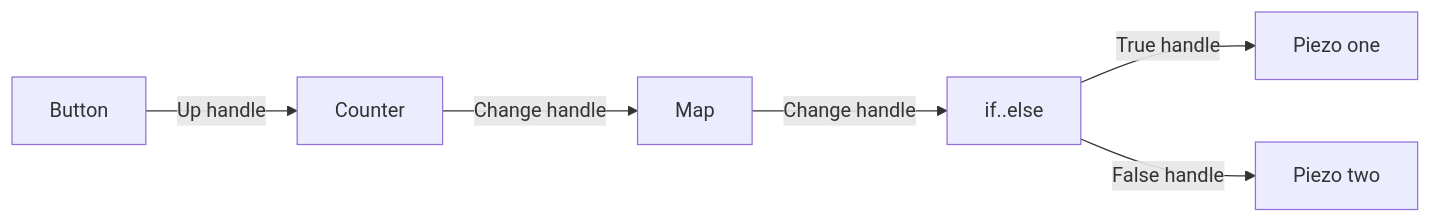
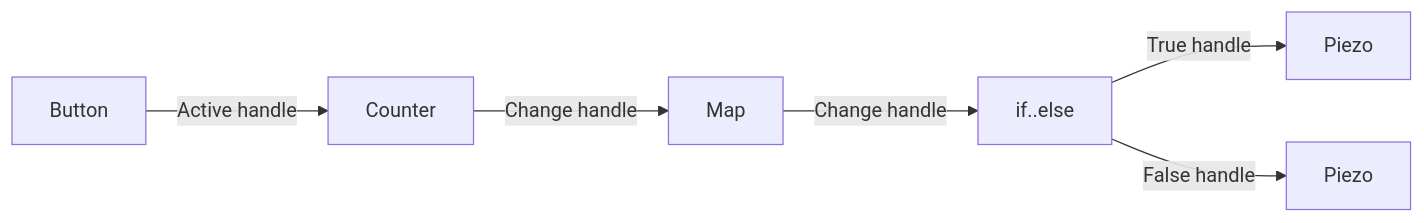
The second of 2 diagrams in apps/nextjs-app/app/docs/microflow-studio/edges/page.md (xiduzo/microflow), drawn with Mermaid before and after one commit. The commit also changed other lines of this file and 3 other files, not shown here.

Commit message:
docs: add simple and complex flow exampl

````diff
--- a/apps/nextjs-app/app/docs/microflow-studio/edges/page.md
+++ b/apps/nextjs-app/app/docs/microflow-studio/edges/page.md
@@ -30,8 +30,8 @@
 ```mermaid
 flowchart LR
-    A[Button] -- Up handle --> B[Counter]
+    A[Button] -- Active handle --> B[Counter]
     B -- Change handle --> C[Map]
     C -- Change handle --> D[if..else]
-    D -->|True handle| E[Piezo one]
-    D -->|False handle| F[Piezo two]
+    D -->|True handle| E[Piezo]
+    D -->|False handle| F[Piezo]
 ```
````
